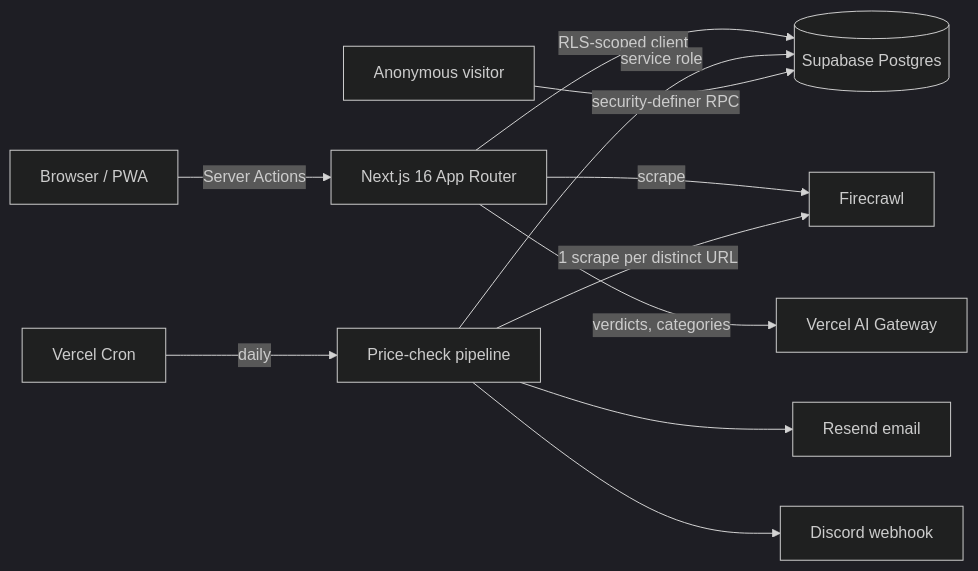
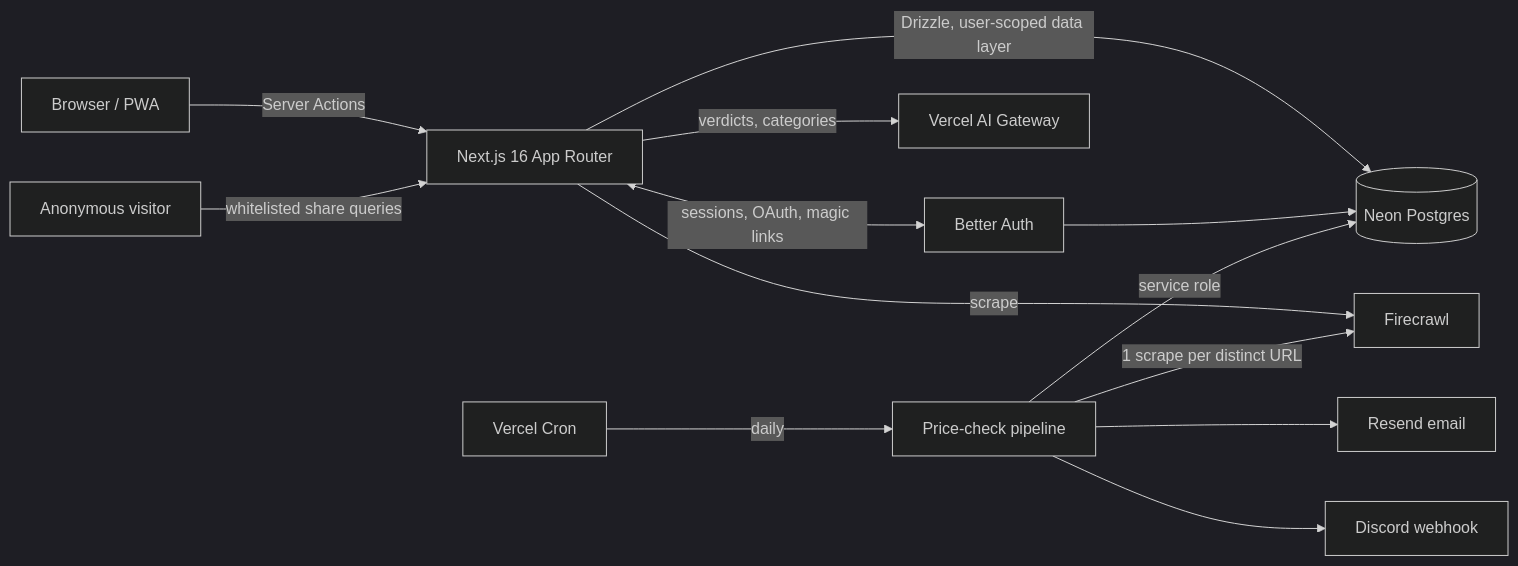
Before and after one commit to slokesh2905/tracklet: the diagram in README.md, drawn with Mermaid (dark theme). The commit also changed other lines of this file and 70 other files, not shown here.

First line of the commit message:
Migrate from Supabase to Neon + Drizzle + Better Auth

````diff
--- a/README.md
+++ b/README.md
@@ -43,13 +44,15 @@
 ```mermaid
 flowchart LR
   U[Browser / PWA] -->|Server Actions| N[Next.js 16 App Router]
-  N -->|RLS-scoped client| DB[(Supabase Postgres)]
+  N -->|Drizzle, user-scoped data layer| DB[(Neon Postgres)]
+  N <-->|sessions, OAuth, magic links| BA[Better Auth]
+  BA --> DB
   N -->|scrape| FC[Firecrawl]
   N -->|verdicts, categories| AI[Vercel AI Gateway]
   C[Vercel Cron] -->|daily| P[Price-check pipeline]
   P -->|service role| DB
   P -->|1 scrape per distinct URL| FC
   P --> E[Resend email]
   P --> D[Discord webhook]
-  A[Anonymous visitor] -->|security-definer RPC| DB
+  A[Anonymous visitor] -->|whitelisted share queries| N
 ```
````
